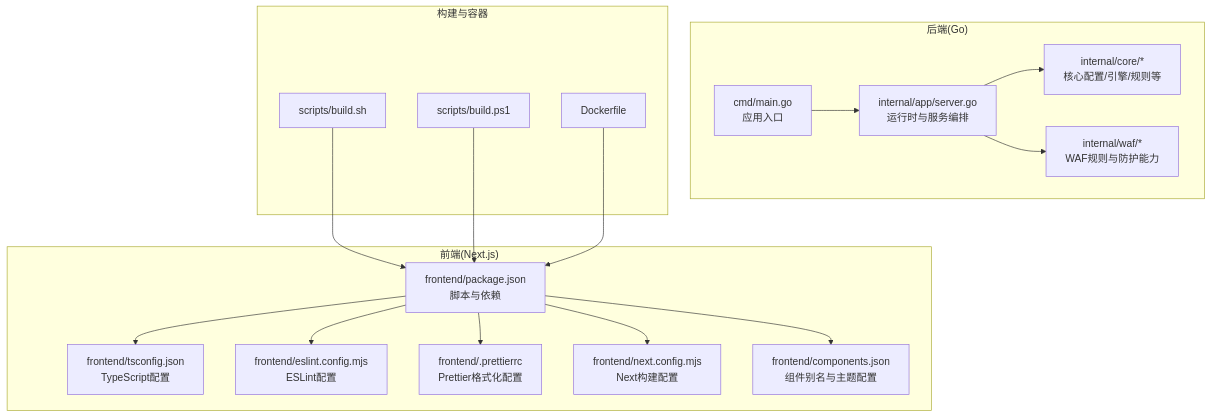
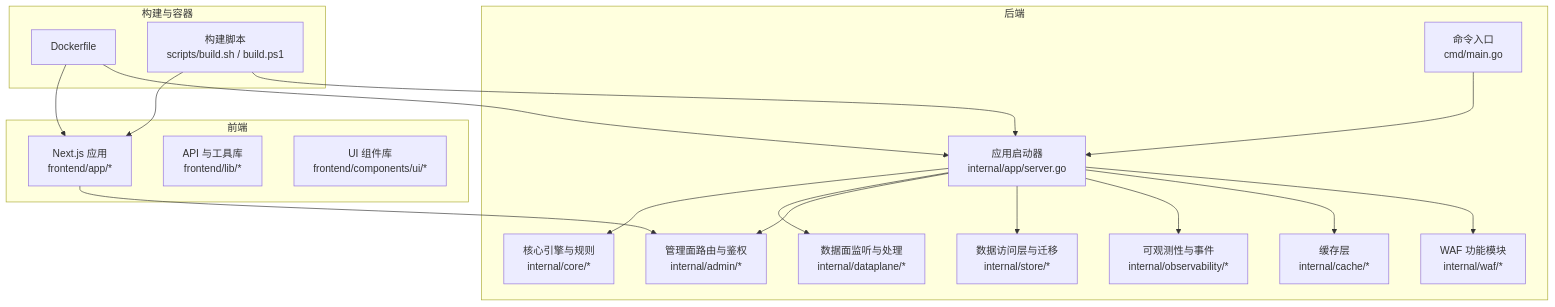
One commit to x01n/My-OpenWaf changed the first of 5 diagrams in docs/开发者指南.md. Above: the diagram before and after it, drawn with Mermaid. The commit also changed other lines of this file and 199 other files, not shown here.

````diff
--- a/docs/开发者指南.md
+++ b/docs/开发者指南.md
@@ -45,33 +48,36 @@
 ```mermaid
 graph TB
-subgraph "后端(Go)"
-CMD["cmd/main.go<br/>应用入口"]
-APP["internal/app/server.go<br/>运行时与服务编排"]
-CORE["internal/core/*<br/>核心配置/引擎/规则等"]
-WAF["internal/waf/*<br/>WAF规则与防护能力"]
+subgraph "后端"
+CMD["命令入口<br/>cmd/main.go"]
+APP["应用启动器<br/>internal/app/server.go"]
+CORE["核心引擎与规则<br/>internal/core/*"]
+DATAPLANE["数据面监听与处理<br/>internal/dataplane/*"]
+ADMIN["管理面路由与鉴权<br/>internal/admin/*"]
+STORE["数据访问层与迁移<br/>internal/store/*"]
+OBS["可观测性与事件<br/>internal/observability/*"]
+CACHE["缓存层<br/>internal/cache/*"]
+WAF["WAF 功能模块<br/>internal/waf/*"]
 end
-subgraph "前端(Next.js)"
-FE_PKG["frontend/package.json<br/>脚本与依赖"]
-FE_TS["frontend/tsconfig.json<br/>TypeScript配置"]
-FE_ESL["frontend/eslint.config.mjs<br/>ESLint配置"]
-FE_PRT["frontend/.prettierrc<br/>Prettier格式化配置"]
-FE_CFG["frontend/next.config.mjs<br/>Next构建配置"]
-FE_COMP["frontend/components.json<br/>组件别名与主题配置"]
+subgraph "前端"
+NEXT["Next.js 应用<br/>frontend/app/*"]
+LIB["API 与工具库<br/>frontend/lib/*"]
+UI["UI 组件库<br/>frontend/components/ui/*"]
 end
 subgraph "构建与容器"
-SH["scripts/build.sh"]
-PS["scripts/build.ps1"]
-DK["Dockerfile"]
+DOCKER["Dockerfile"]
+SH["构建脚本<br/>scripts/build.sh / build.ps1"]
 end
 CMD --> APP
 APP --> CORE
+APP --> DATAPLANE
+APP --> ADMIN
+APP --> STORE
+APP --> OBS
+APP --> CACHE
 APP --> WAF
-FE_PKG --> FE_TS
-FE_PKG --> FE_ESL
-FE_PKG --> FE_PRT
-FE_PKG --> FE_CFG
-FE_PKG --> FE_COMP
-SH --> FE_PKG
-PS --> FE_PKG
-DK --> FE_PKG
+NEXT --> ADMIN
+DOCKER --> NEXT
+DOCKER --> APP
+SH --> NEXT
+SH --> APP
 ```
````
